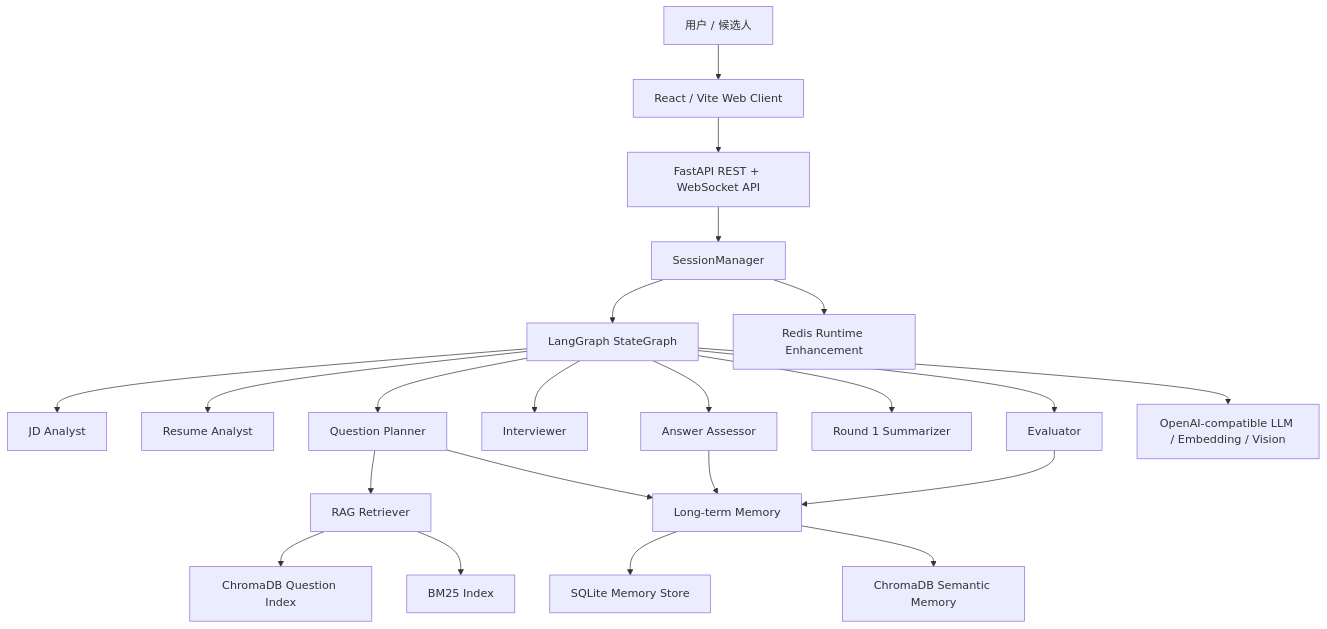
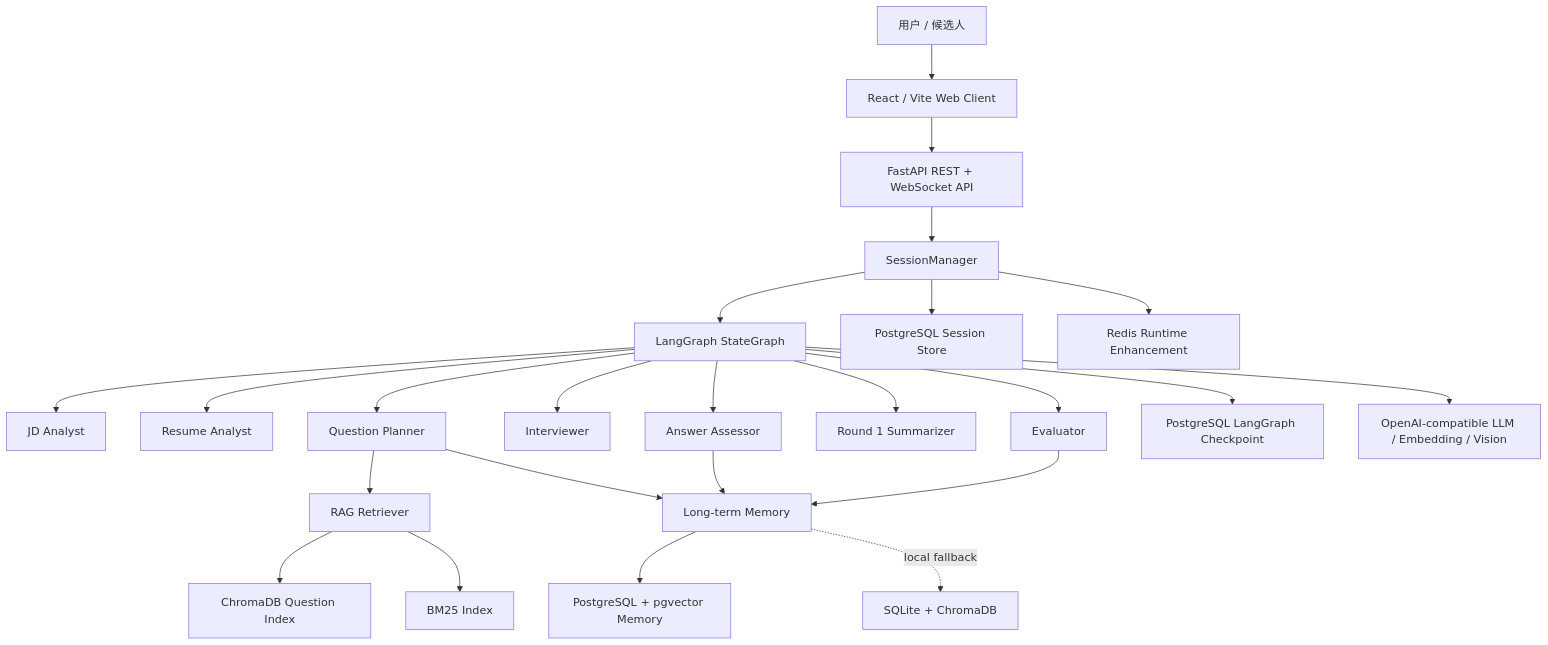
One commit to han-dreamer/ai-mock-interview changed the first of 3 diagrams in docs/architecture.md. Above: the diagram before and after it, drawn with Mermaid. The commit also changed other lines of this file and 6 other files, not shown here.

Commit message:
docs: sync postgres memory architecture

````diff
--- a/docs/architecture.md
+++ b/docs/architecture.md
@@ -9,27 +9,29 @@
 ```mermaid
 flowchart TD
     User["用户 / 候选人"] --> Web["React / Vite Web Client"]
     Web --> API["FastAPI REST + WebSocket API"]
     API --> Session["SessionManager"]
     Session --> Graph["LangGraph StateGraph"]
 
     Graph --> JD["JD Analyst"]
     Graph --> Resume["Resume Analyst"]
     Graph --> Planner["Question Planner"]
     Graph --> Interviewer["Interviewer"]
     Graph --> Assessor["Answer Assessor"]
     Graph --> Summary["Round 1 Summarizer"]
     Graph --> Evaluator["Evaluator"]
 
     Planner --> RAG["RAG Retriever"]
     Planner --> Memory["Long-term Memory"]
     Assessor --> Memory
     Evaluator --> Memory
 
     RAG --> ChromaQ["ChromaDB Question Index"]
     RAG --> BM25["BM25 Index"]
-    Memory --> SQLite["SQLite Memory Store"]
-    Memory --> ChromaM["ChromaDB Semantic Memory"]
+    Graph --> Checkpoint["PostgreSQL LangGraph Checkpoint"]
+    Session --> SessionDB["PostgreSQL Session Store"]
+    Memory --> PGMemory["PostgreSQL + pgvector Memory"]
+    Memory -. local fallback .-> LocalMemory["SQLite + ChromaDB"]
     Session --> Redis["Redis Runtime Enhancement"]
     Graph --> LLM["OpenAI-compatible LLM / Embedding / Vision"]
 ```
````
